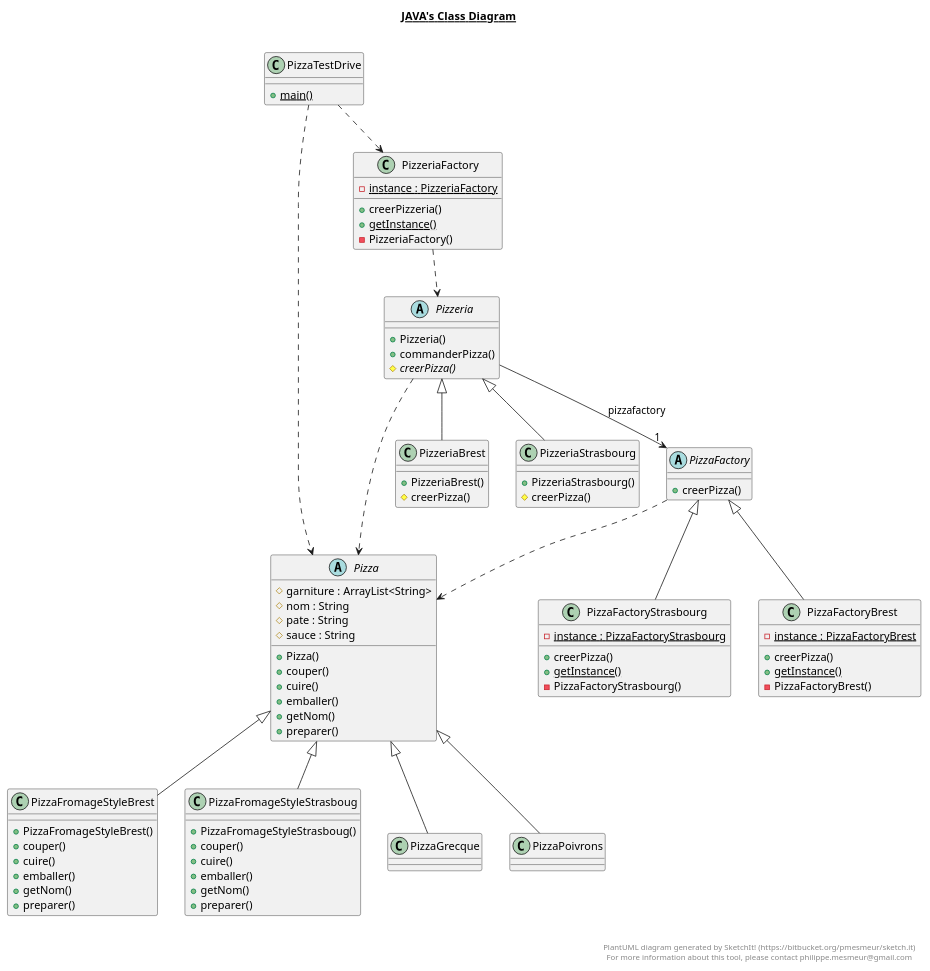
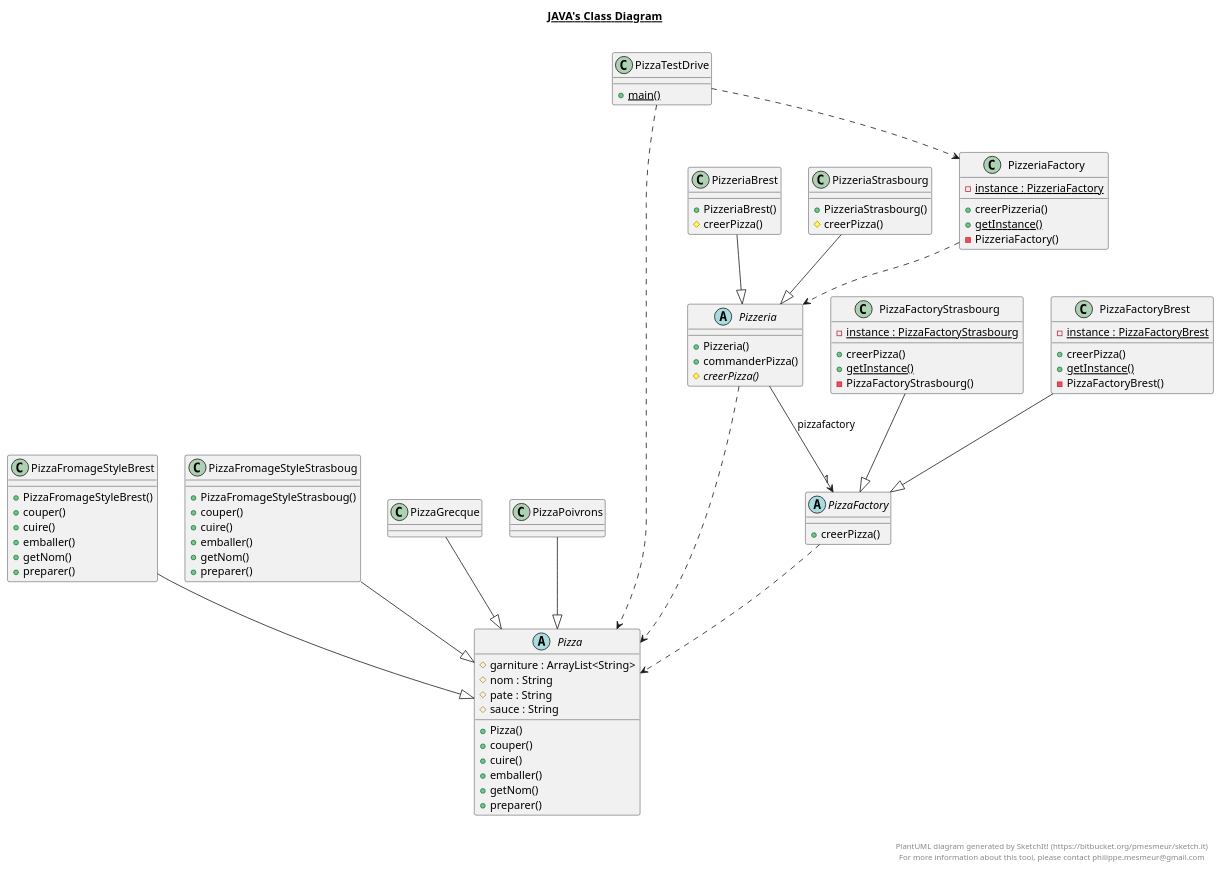
The diagram in docs/TP3.plantuml (IUT-Blagnac/cpoa-tp3-Martin-Billard), drawn with PlantUML before and after one commit.

Commit message:
Modif plantuml

```diff
--- a/docs/TP3.plantuml
+++ b/docs/TP3.plantuml
@@ -1,144 +1,144 @@
 @startuml
 
 title __JAVA's Class Diagram__\n
 
     class PizzeriaFactory {
         {static} - instance : PizzeriaFactory
         + creerPizzeria()
         {static} + getInstance()
         - PizzeriaFactory()
     }
   
 
 
     abstract class Pizza {
         # garniture : ArrayList<String>
         # nom : String
         # pate : String
         # sauce : String
         + Pizza()
         + couper()
         + cuire()
         + emballer()
         + getNom()
         + preparer()
     }
 
   
 
 
     class PizzaFromageStyleBrest {
         + PizzaFromageStyleBrest()
         + couper()
         + cuire()
         + emballer()
         + getNom()
         + preparer()
     }
 
   
 
 
     class PizzaFromageStyleStrasboug {
         + PizzaFromageStyleStrasboug()
         + couper()
         + cuire()
         + emballer()
         + getNom()
         + preparer()
     }
 
   
 
     class PizzaGrecque {
     }
 
   
 
 
     class PizzaPoivrons {
     }
 
   
 
 
     class PizzaTestDrive {
         {static} + main()
     }
 
   
 
 
     abstract class Pizzeria {
         + Pizzeria()
         + commanderPizza()
         {abstract} # creerPizza()
     }
 
   
 
 
     class PizzeriaBrest {
         + PizzeriaBrest()
         # creerPizza()
     }
 
 
 
     class PizzeriaStrasbourg {
         + PizzeriaStrasbourg()
         # creerPizza()
     }
 
   
 
 
     abstract class PizzaFactory {
         + creerPizza()
     }
 
   
 
 
     class PizzaFactoryBrest {
         {static} - instance : PizzaFactoryBrest
         + creerPizza()
         {static} + getInstance()
         - PizzaFactoryBrest()
     }
 
   
 
 
     class PizzaFactoryStrasbourg {
         {static} - instance : PizzaFactoryStrasbourg
         + creerPizza()
         {static} + getInstance()
         - PizzaFactoryStrasbourg()
     }
 
   
 
-  PizzaFromageStyleBrest -up-|> Pizza
-  PizzaFromageStyleStrasboug -up-|> Pizza
-  PizzaGrecque -up-|> Pizza
-  PizzaPoivrons -up-|> Pizza
+  PizzaFromageStyleBrest --|> Pizza
+  PizzaFromageStyleStrasboug --|> Pizza
+  PizzaGrecque --|> Pizza
+  PizzaPoivrons --|> Pizza
   Pizzeria --> "1"PizzaFactory : pizzafactory
-  PizzeriaBrest -up-|> Pizzeria
-  PizzeriaStrasbourg -up-|> Pizzeria
-  PizzaFactoryBrest -up-|> PizzaFactory
-  PizzaFactoryStrasbourg -up-|> PizzaFactory
+  PizzeriaBrest --|> Pizzeria
+  PizzeriaStrasbourg --|> Pizzeria
+  PizzaFactoryBrest --|> PizzaFactory
+  PizzaFactoryStrasbourg --|> PizzaFactory
   PizzeriaFactory ..> Pizzeria
   PizzaTestDrive ..> PizzeriaFactory
   PizzaTestDrive ..> Pizza
   PizzaFactory ..> Pizza
   Pizzeria ..> Pizza
 
 right footer
 
 
 PlantUML diagram generated by SketchIt! (https://bitbucket.org/pmesmeur/sketch.it)
 For more information about this tool, please contact philippe.mesmeur@gmail.com
 endfooter
 
 @enduml
```
